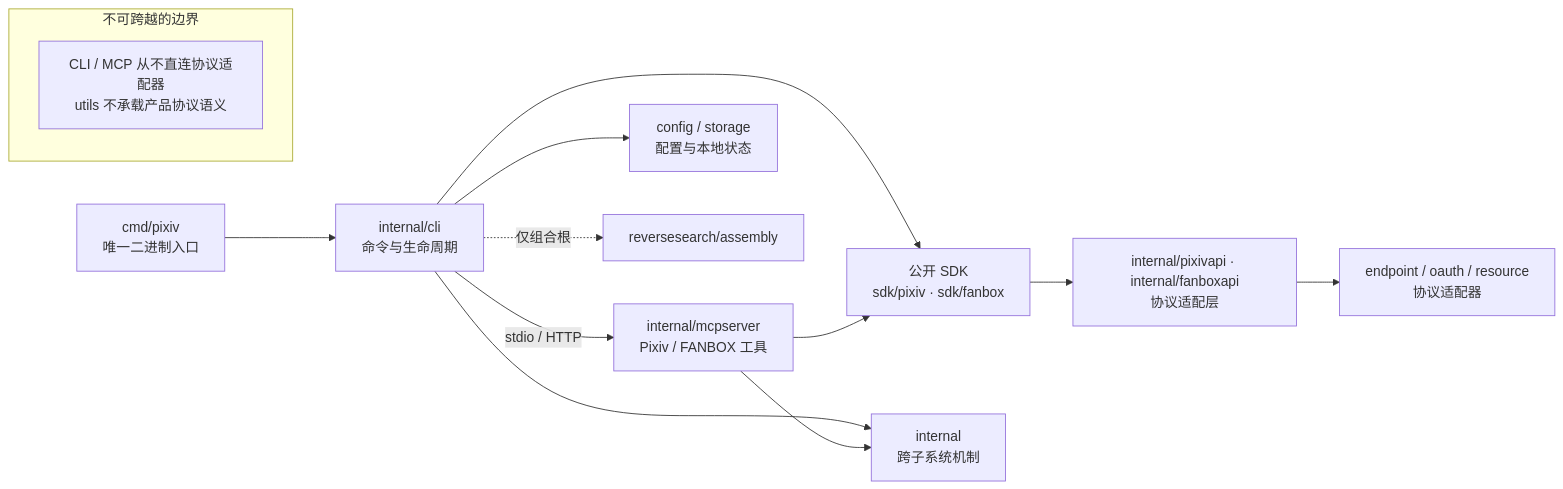
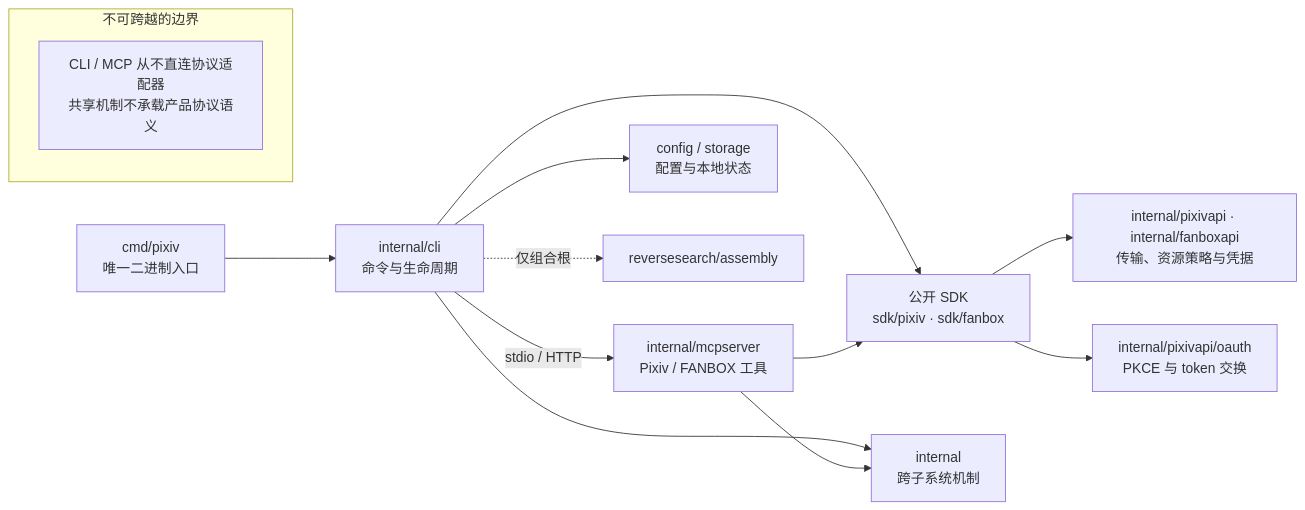
One commit to FlanChanXwO/pixiv-cli changed the first of 5 diagrams in docs/zh-CN/maintainers/architecture.md. Above: the diagram before and after it, drawn with Mermaid. The commit also changed other lines of this file and 10 other files, not shown here.

````diff
--- a/docs/zh-CN/maintainers/architecture.md
+++ b/docs/zh-CN/maintainers/architecture.md
@@ -5,17 +5,17 @@
 ```mermaid
 flowchart LR
     ENTRY["cmd/pixiv<br/>唯一二进制入口"] --> CLI["internal/cli<br/>命令与生命周期"]
     CLI -->|"stdio / HTTP"| MCP["internal/mcpserver<br/>Pixiv / FANBOX 工具"]
     CLI --> SDK["公开 SDK<br/>sdk/pixiv · sdk/fanbox"]
     MCP --> SDK
-    SDK --> FACADE["internal/pixivapi · internal/fanboxapi<br/>协议适配层"]
-    FACADE --> ADAPTER["endpoint / oauth / resource<br/>协议适配器"]
+    SDK --> API["internal/pixivapi · internal/fanboxapi<br/>传输、资源策略与凭据"]
+    SDK --> OAUTH["internal/pixivapi/oauth<br/>PKCE 与 token 交换"]
     CLI --> SHARED["internal<br/>跨子系统机制"]
     MCP --> SHARED
     CLI --> STATE["config / storage<br/>配置与本地状态"]
     CLI -.->|"仅组合根"| RSA["reversesearch/assembly"]
 
     subgraph boundary["不可跨越的边界"]
-        RULE["CLI / MCP 从不直连协议适配器<br/>utils 不承载产品协议语义"]
+        RULE["CLI / MCP 从不直连协议适配器<br/>共享机制不承载产品协议语义"]
     end
 ```
````
